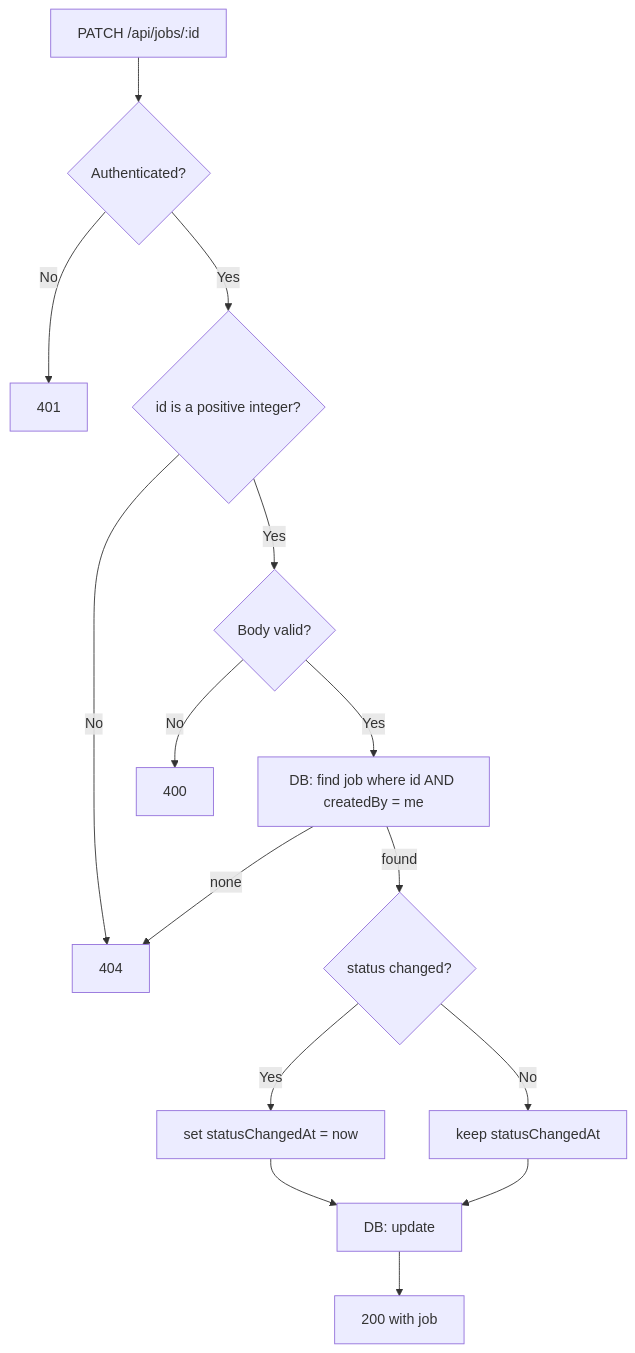
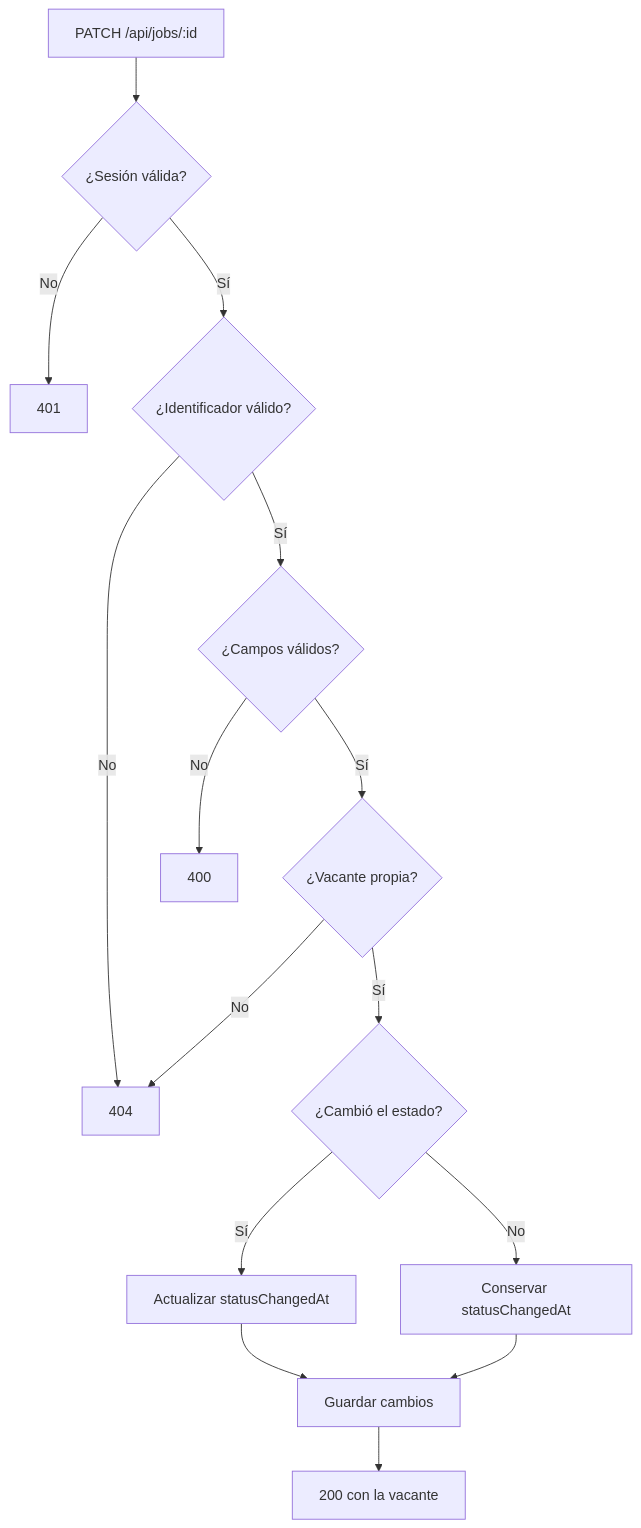
Before and after one commit to hypnoticdata777/jobTracker_h777.dev: the diagram in docs/features/job_status_edit_delete.md, drawn with Mermaid. The commit also changed other lines of this file and 34 other files, not shown here.

````diff
--- a/docs/features/job_status_edit_delete.md
+++ b/docs/features/job_status_edit_delete.md
@@ -33,17 +35,17 @@
 ```mermaid
 flowchart TD
-  A[PATCH /api/jobs/:id] --> B{Authenticated?}
+  A[PATCH /api/jobs/:id] --> B{¿Sesión válida?}
   B -- No --> C[401]
-  B -- Yes --> D{id is a positive integer?}
+  B -- Sí --> D{¿Identificador válido?}
   D -- No --> E[404]
-  D -- Yes --> F{Body valid?}
+  D -- Sí --> F{¿Campos válidos?}
   F -- No --> G[400]
-  F -- Yes --> H[DB: find job where id AND createdBy = me]
-  H -- none --> E
-  H -- found --> I{status changed?}
-  I -- Yes --> J[set statusChangedAt = now]
-  I -- No --> K[keep statusChangedAt]
-  J --> L[DB: update]
+  F -- Sí --> H{¿Vacante propia?}
+  H -- No --> E
+  H -- Sí --> I{¿Cambió el estado?}
+  I -- Sí --> J[Actualizar statusChangedAt]
+  I -- No --> K[Conservar statusChangedAt]
+  J --> L[Guardar cambios]
   K --> L
-  L --> M[200 with job]
+  L --> M[200 con la vacante]
 ```
````
